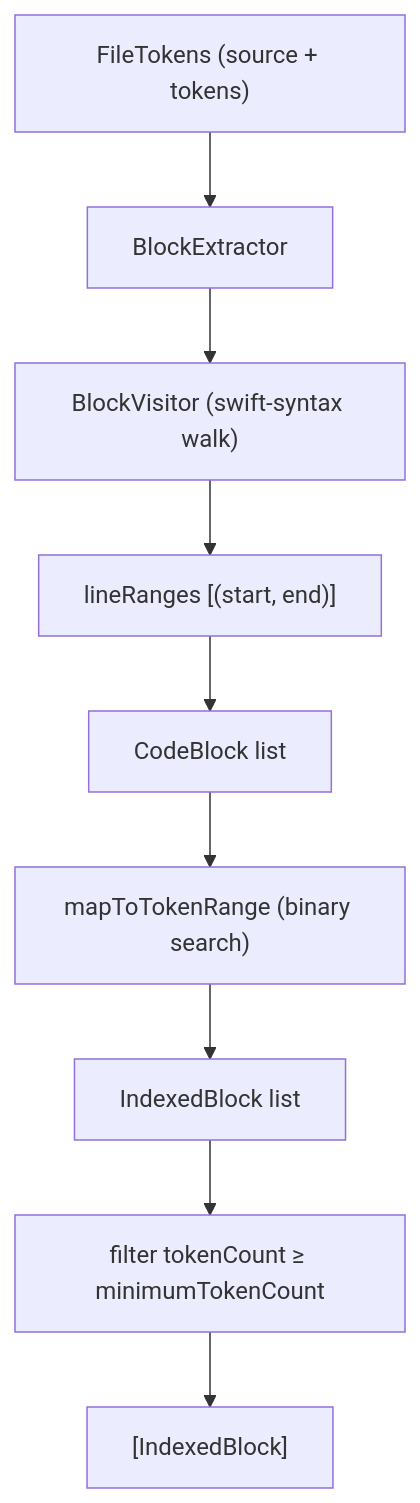
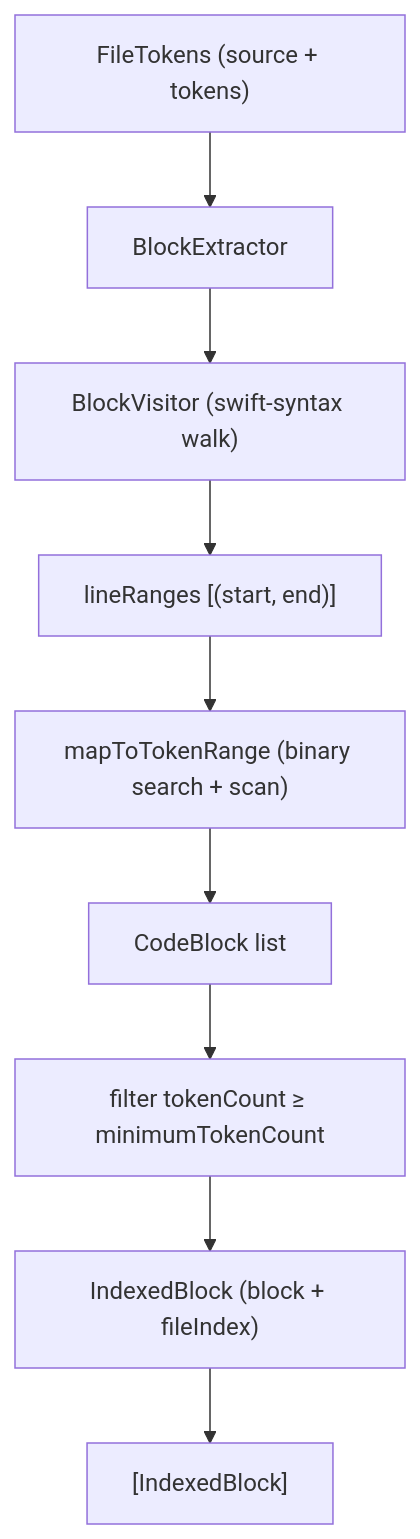
Before and after one commit to ericodx/swift-cpd: the diagram in Docs/CodeBase/05-detection-core.md, drawn with Mermaid. The commit also changed other lines of this file, not shown here.

Commit message:
docs: add FileTokens and correct block extraction and clone deduplication details

````diff
--- a/Docs/CodeBase/05-detection-core.md
+++ b/Docs/CodeBase/05-detection-core.md
@@ -110,11 +133,11 @@
 ```mermaid
 flowchart TD
     FT["FileTokens (source + tokens)"] --> BE["BlockExtractor"]
     BE --> BV["BlockVisitor (swift-syntax walk)"]
     BV --> LR["lineRanges [(start, end)]"]
-    LR --> CB["CodeBlock list"]
-    CB --> TI["mapToTokenRange (binary search)"]
-    TI --> IB["IndexedBlock list"]
-    IB --> filter["filter tokenCount ≥ minimumTokenCount"]
-    filter --> result["[IndexedBlock]"]
+    LR --> TI["mapToTokenRange (binary search + scan)"]
+    TI --> CB["CodeBlock list"]
+    CB --> filter["filter tokenCount ≥ minimumTokenCount"]
+    filter --> IB["IndexedBlock (block + fileIndex)"]
+    IB --> result["[IndexedBlock]"]
 ```
````
